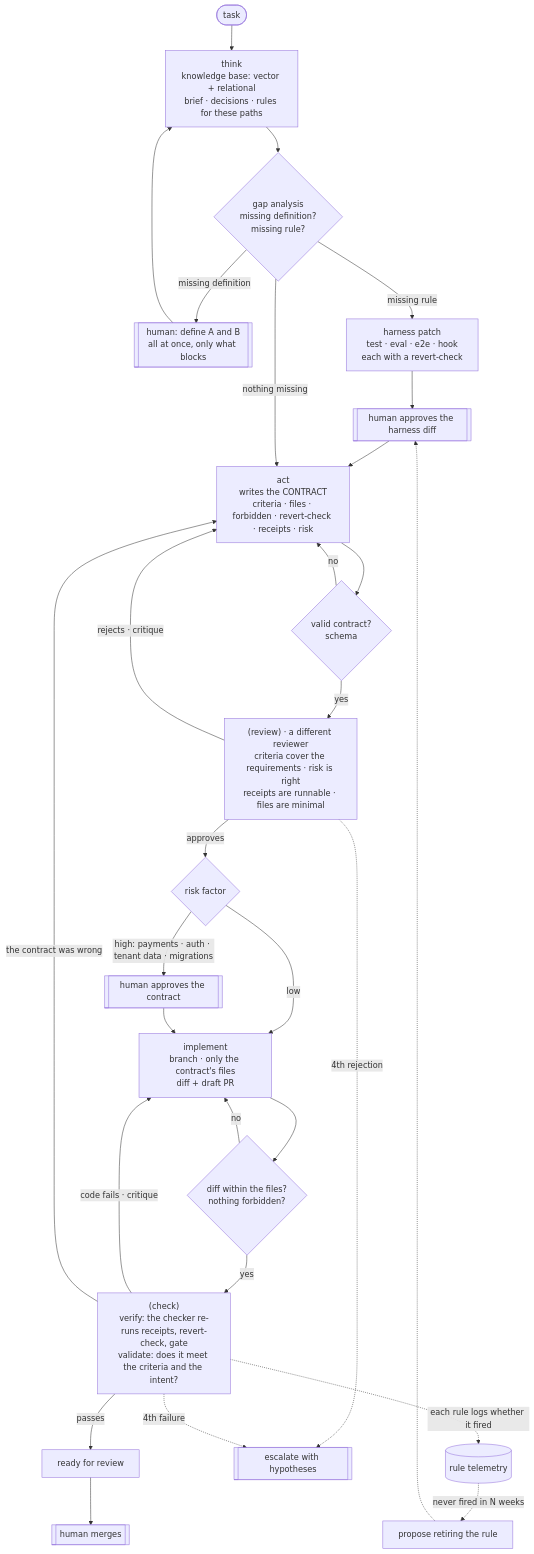
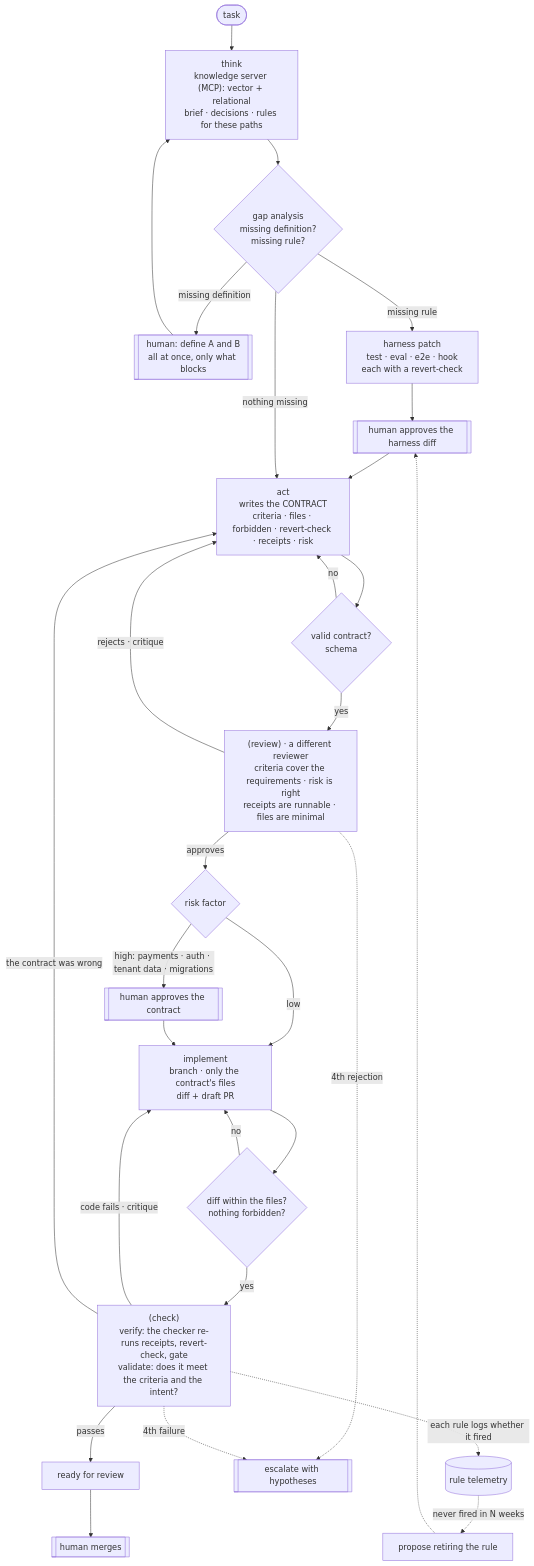
One commit to jacm80/typedspec changed the second of 2 diagrams in README.md. Above: the diagram before and after it, drawn with Mermaid. The commit also changed other lines of this file and 1 other file, not shown here.

Commit message:
docs: the knowledge server is the foundation, with its own section and diagram

````diff
--- a/README.md
+++ b/README.md
@@ -48,32 +95,32 @@
 ```mermaid
 flowchart TD
-  REQ([task]) --> T["think<br/>knowledge base: vector + relational<br/>brief · decisions · rules for these paths"]
+  REQ([task]) --> T["think<br/>knowledge server (MCP): vector + relational<br/>brief · decisions · rules for these paths"]
   T --> GAP{"gap analysis<br/>missing definition?<br/>missing rule?"}
   GAP -->|missing definition| GUIDE[["human: define A and B<br/>all at once, only what blocks"]]
   GUIDE --> T
   GAP -->|missing rule| H["harness patch<br/>test · eval · e2e · hook<br/>each with a revert-check"]
   H --> OWN0[["human approves the harness diff"]]
   OWN0 --> A
   GAP -->|nothing missing| A
   A["act<br/>writes the CONTRACT<br/>criteria · files · forbidden · revert-check · receipts · risk"]
   A --> G1{"valid contract?<br/>schema"}
   G1 -->|no| A
   G1 -->|yes| R["(review) · a different reviewer<br/>criteria cover the requirements · risk is right<br/>receipts are runnable · files are minimal"]
   R -->|rejects · critique| A
   R -->|approves| RISK{"risk factor"}
   RISK -->|high: payments · auth · tenant data · migrations| OWN1[["human approves the contract"]]
   RISK -->|low| I
   OWN1 --> I["implement<br/>branch · only the contract's files<br/>diff + draft PR"]
   I --> G2{"diff within the files?<br/>nothing forbidden?"}
   G2 -->|no| I
   G2 -->|yes| C["(check)<br/>verify: the checker re-runs receipts, revert-check, gate<br/>validate: does it meet the criteria and the intent?"]
   C -->|code fails · critique| I
   C -->|the contract was wrong| A
   C -->|passes| READY["ready for review"]
   READY --> OWN2[["human merges"]]
   R -. 4th rejection .-> ESC[["escalate with hypotheses"]]
   C -. 4th failure .-> ESC
   C -. each rule logs whether it fired .-> TEL[("rule telemetry")]
   TEL -. never fired in N weeks .-> RET["propose retiring the rule"]
   RET -.-> OWN0
 ```
````
